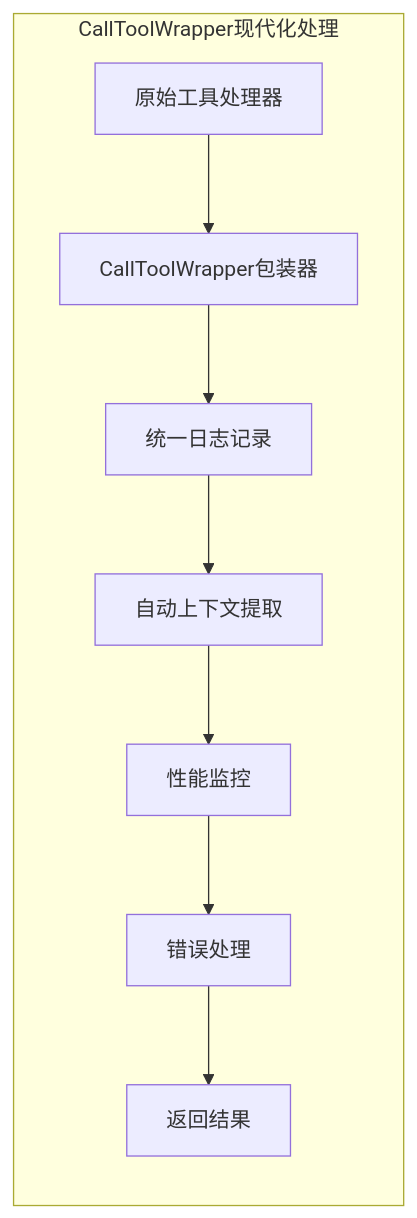
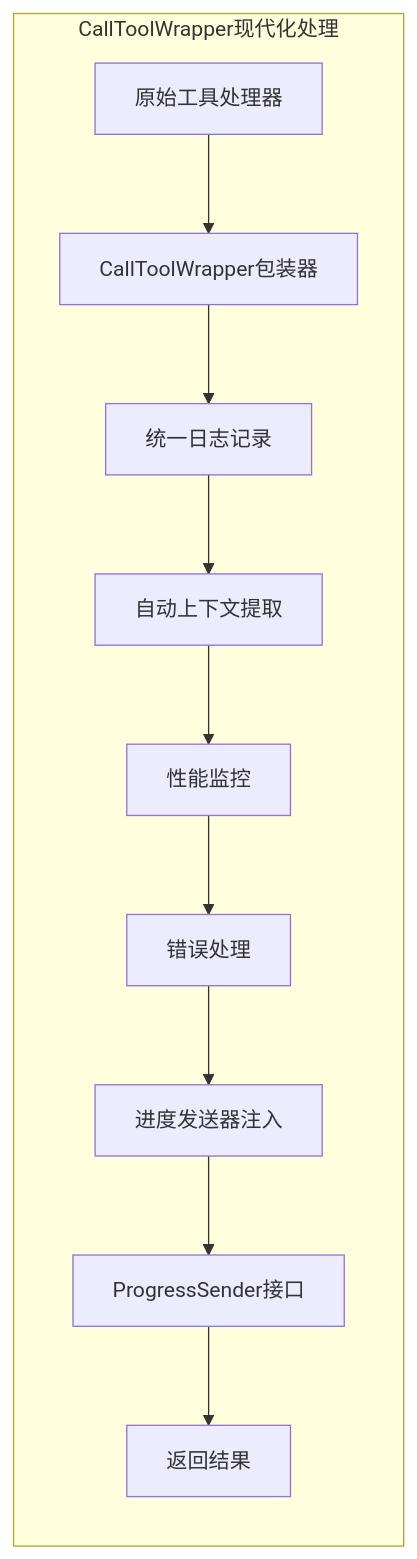
One commit to maomao94/zero-service changed the ninth of 18 diagrams in .qoder/repowiki/zh/content/AI应用模块/MCP服务器.md. Above: the diagram before and after it, drawn with Mermaid. The commit also changed other lines of this file and 42 other files, not shown here.

````diff
--- a/.qoder/repowiki/zh/content/AI应用模块/MCP服务器.md
+++ b/.qoder/repowiki/zh/content/AI应用模块/MCP服务器.md
@@ -414,11 +494,13 @@
 ```mermaid
 graph LR
 subgraph "CallToolWrapper现代化处理"
 A["原始工具处理器"] --> B["CallToolWrapper包装器"]
 B --> C["统一日志记录"]
 C --> D["自动上下文提取"]
 D --> E["性能监控"]
 E --> F["错误处理"]
-F --> G["返回结果"]
+F --> G["进度发送器注入"]
+G --> H["ProgressSender接口"]
+H --> I["返回结果"]
 end
 ```
````
